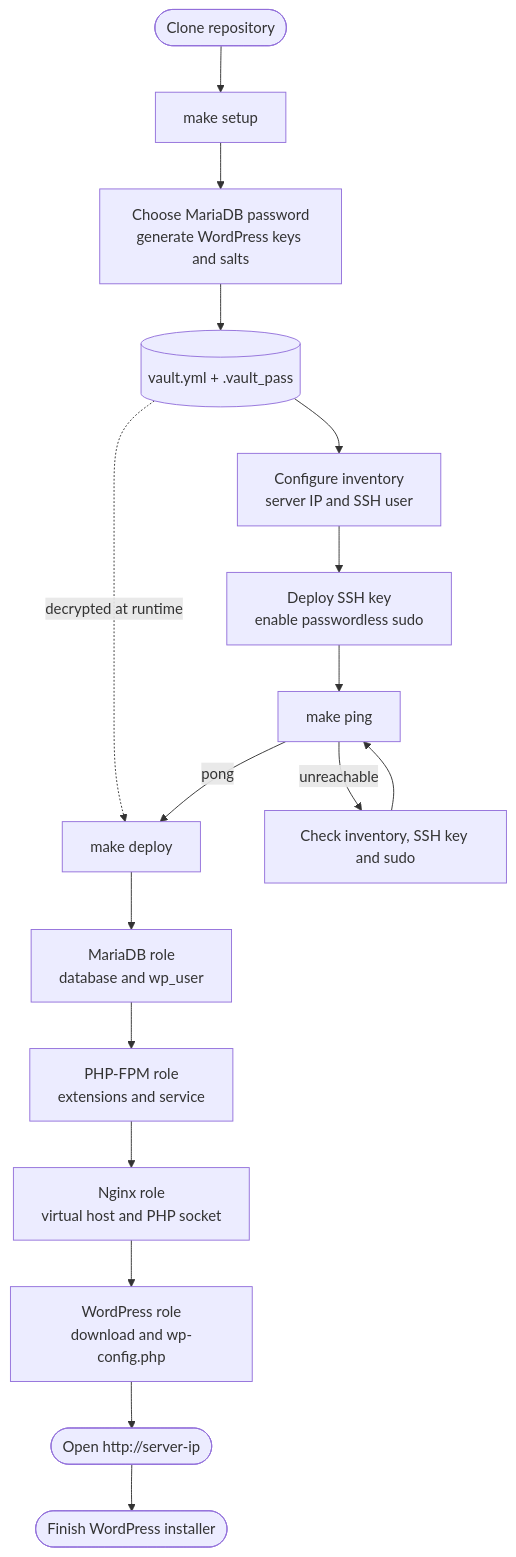
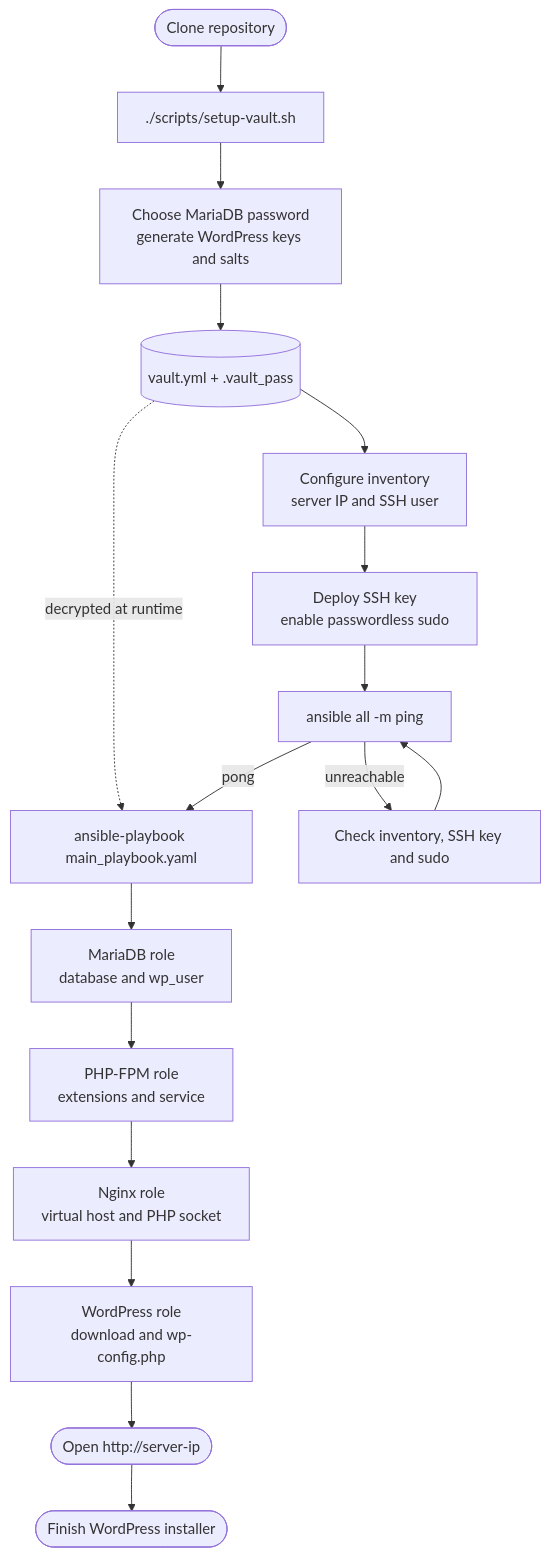
Before and after one commit to ibra-root/LEMP-Deployment: the diagram in README.md, drawn with Mermaid. The commit also changed other lines of this file and 2 other files, not shown here.

````diff
--- a/README.md
+++ b/README.md
@@ -9,19 +9,19 @@
 ```mermaid
 flowchart TD
-    A([Clone repository]) --> B[make setup]
+    A([Clone repository]) --> B[./scripts/setup-vault.sh]
     B --> C[Choose MariaDB password<br/>generate WordPress keys and salts]
     C --> D[(vault.yml + .vault_pass)]
     D -.->|decrypted at runtime| H
     D --> E[Configure inventory<br/>server IP and SSH user]
     E --> F[Deploy SSH key<br/>enable passwordless sudo]
-    F --> G[make ping]
-    G -->|pong| H[make deploy]
+    F --> G[ansible all -m ping]
+    G -->|pong| H[ansible-playbook main_playbook.yaml]
     H --> I[MariaDB role<br/>database and wp_user]
     I --> J[PHP-FPM role<br/>extensions and service]
     J --> K[Nginx role<br/>virtual host and PHP socket]
     K --> L[WordPress role<br/>download and wp-config.php]
     L --> M([Open http://server-ip])
     M --> N([Finish WordPress installer])
     G -->|unreachable| O[Check inventory, SSH key and sudo]
     O --> G
 ```
````
